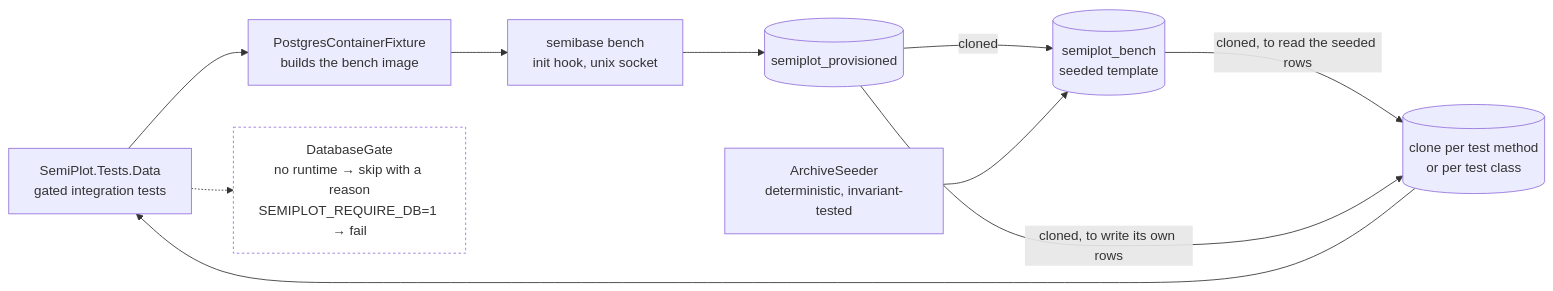
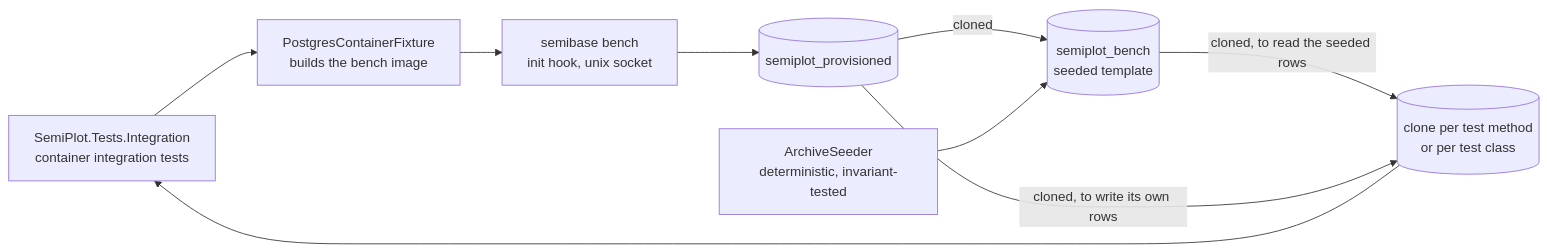
One commit to Semiteq/SemiPlot changed the fifth of 5 diagrams in docs/architecture/postgres-topology.md. Above: the diagram before and after it, drawn with Mermaid. The commit also changed other lines of this file and 270 other files, not shown here.

````diff
--- a/docs/architecture/postgres-topology.md
+++ b/docs/architecture/postgres-topology.md
@@ -172,22 +172,17 @@
 ```mermaid
 flowchart LR
-    tests["SemiPlot.Tests.Data<br/>gated integration tests"]
+    tests["SemiPlot.Tests.Integration<br/>container integration tests"]
     fix["PostgresContainerFixture<br/>builds the bench image"]
     sb["semibase bench<br/>init hook, unix socket"]
     src[("semiplot_provisioned")]
     seed["ArchiveSeeder<br/>deterministic, invariant-tested"]
     tmpl[("semiplot_bench<br/>seeded template")]
     clone[("clone per test method<br/>or per test class")]
 
     tests --> fix --> sb --> src
     src -- "cloned" --> tmpl
     seed --> tmpl
     tmpl -- "cloned, to read the seeded rows" --> clone
     src -- "cloned, to write its own rows" --> clone
     clone --> tests
-
-    gate["DatabaseGate<br/>no runtime → skip with a reason<br/>SEMIPLOT_REQUIRE_DB=1 → fail"]
-    tests -.-> gate
-
-    style gate fill:none,stroke-dasharray:3 3
 ```
````
